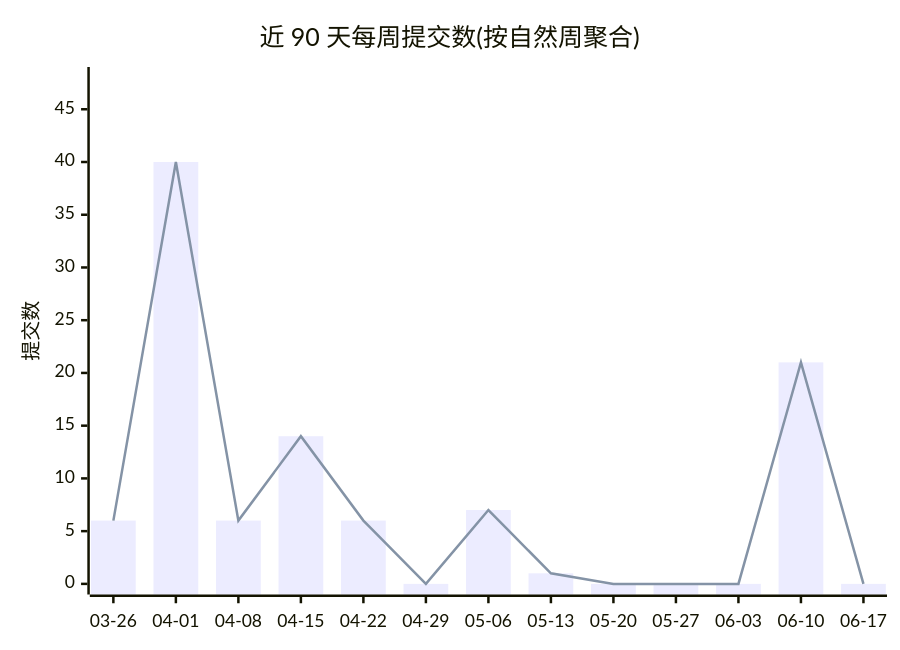
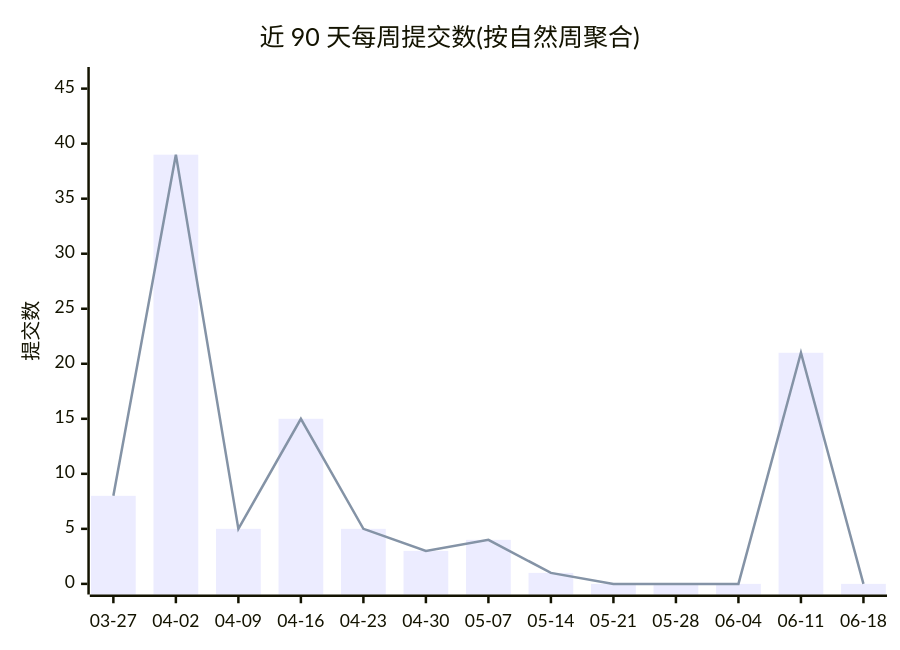
Before and after one commit to Conflux-Union/.github: the first of 2 diagrams in profile/README.md, drawn with Mermaid. The commit also changed other lines of this file and 1 other file, not shown here.

Commit message:
chore(stats): refresh org commit stats

````diff
--- a/profile/README.md
+++ b/profile/README.md
@@ -44,8 +44,8 @@
 ```mermaid
 xychart-beta
     title "近 90 天每周提交数(按自然周聚合)"
-    x-axis ["03-26", "04-01", "04-08", "04-15", "04-22", "04-29", "05-06", "05-13", "05-20", "05-27", "06-03", "06-10", "06-17"]
-    y-axis "提交数" 0 --> 48
-    bar [6, 40, 6, 14, 6, 0, 7, 1, 0, 0, 0, 21, 0]
-    line [6, 40, 6, 14, 6, 0, 7, 1, 0, 0, 0, 21, 0]
+    x-axis ["03-27", "04-02", "04-09", "04-16", "04-23", "04-30", "05-07", "05-14", "05-21", "05-28", "06-04", "06-11", "06-18"]
+    y-axis "提交数" 0 --> 46
+    bar [8, 39, 5, 15, 5, 3, 4, 1, 0, 0, 0, 21, 0]
+    line [8, 39, 5, 15, 5, 3, 4, 1, 0, 0, 0, 21, 0]
 ```
````
